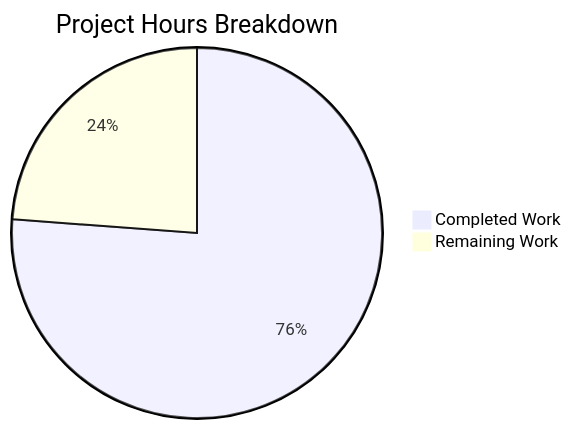
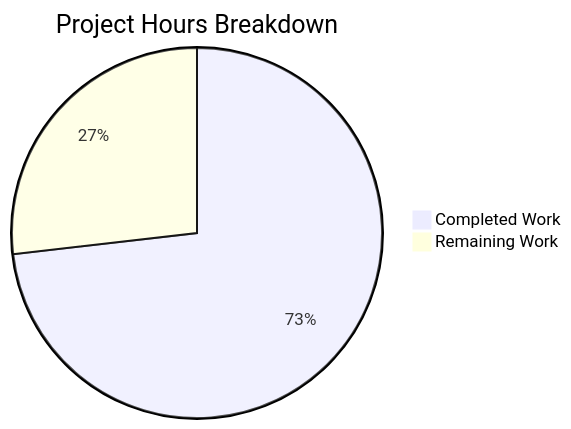
Before and after one commit to sudhanshu-spec/test-spec: the second of 2 diagrams in blitzy/documentation/Project Guide.md, drawn with Mermaid. The commit also changed other lines of this file, not shown here.

Commit message:
Adding Blitzy Project Guide: Project Status and Human Tasks Remaining

````diff
--- a/blitzy/documentation/Project Guide.md
+++ b/blitzy/documentation/Project Guide.md
@@ -32,5 +205,5 @@
 ```mermaid
 pie title Project Hours Breakdown
-    "Completed Work" : 32
-    "Remaining Work" : 10
+    "Completed Work" : 30
+    "Remaining Work" : 11
 ```
````
